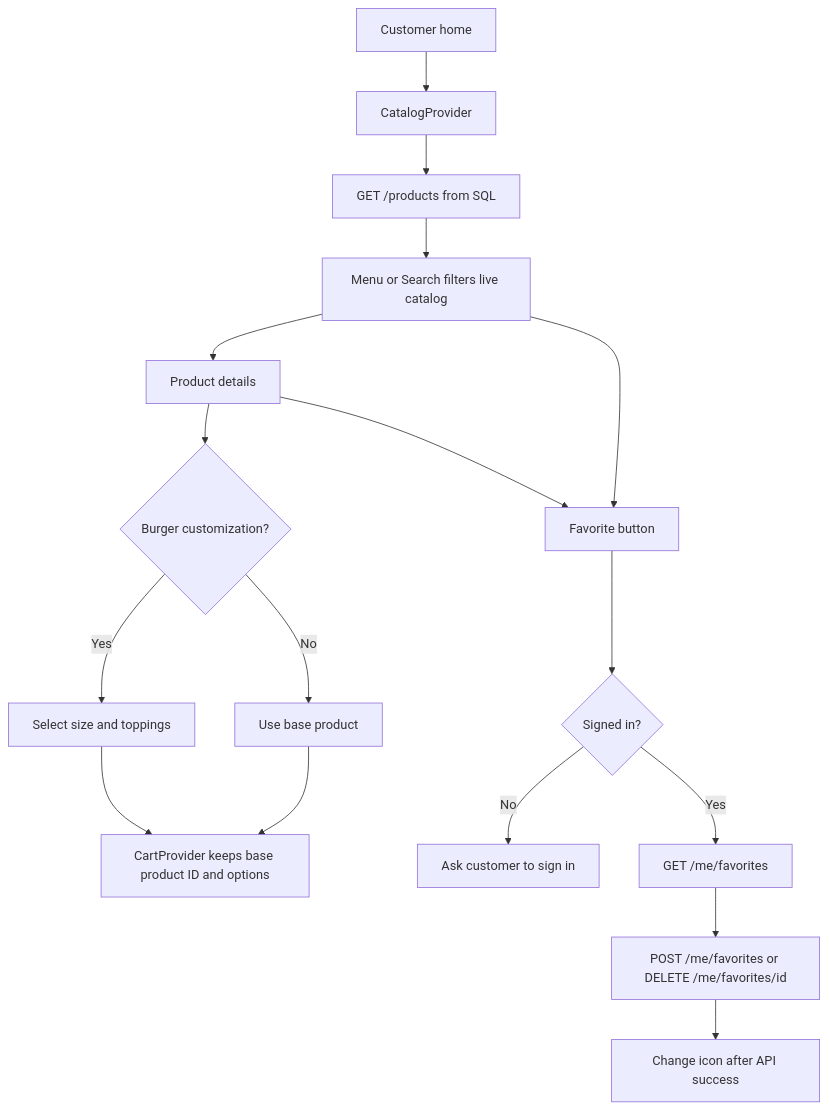
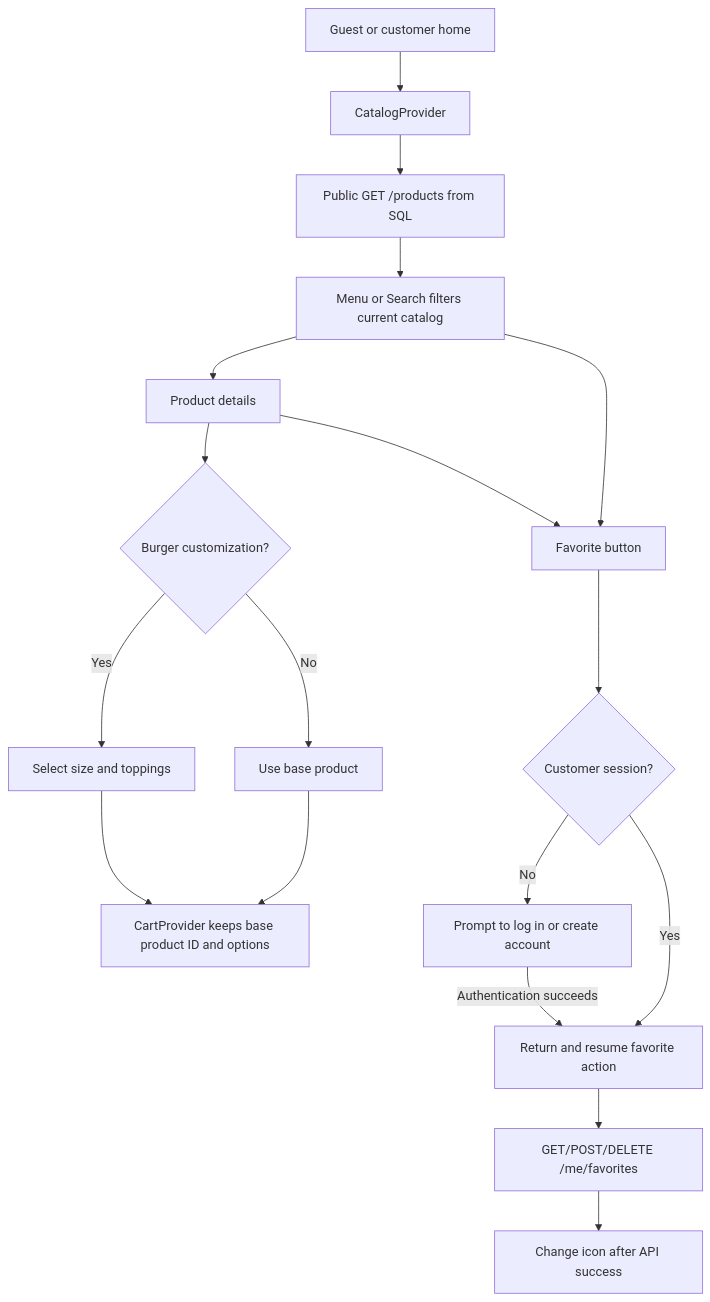
The second of 6 diagrams in docs/SYSTEM_FLOW.md (EARL146/app-), drawn with Mermaid before and after one commit. The commit also changed other lines of this file and 23 other files, not shown here.

Commit message:
Checkpoint guest-first catalog and account prompts

````diff
--- a/docs/SYSTEM_FLOW.md
+++ b/docs/SYSTEM_FLOW.md
@@ -37,19 +48,20 @@
 ```mermaid
 flowchart TD
-    A[Customer home] --> B[CatalogProvider]
-    B --> C[GET /products from SQL]
-    C --> D[Menu or Search filters live catalog]
+    A[Guest or customer home] --> B[CatalogProvider]
+    B --> C[Public GET /products from SQL]
+    C --> D[Menu or Search filters current catalog]
     D --> E[Product details]
     E --> F{Burger customization?}
     F -->|Yes| G[Select size and toppings]
     F -->|No| H[Use base product]
     G --> I[CartProvider keeps base product ID and options]
     H --> I
     D --> J[Favorite button]
     E --> J
-    J --> K{Signed in?}
-    K -->|No| L[Ask customer to sign in]
-    K -->|Yes| M[GET /me/favorites]
-    M --> N[POST /me/favorites or DELETE /me/favorites/id]
+    J --> K{Customer session?}
+    K -->|No| L[Prompt to log in or create account]
+    L -->|Authentication succeeds| M[Return and resume favorite action]
+    K -->|Yes| M
+    M --> N[GET/POST/DELETE /me/favorites]
     N --> O[Change icon after API success]
 ```
````
